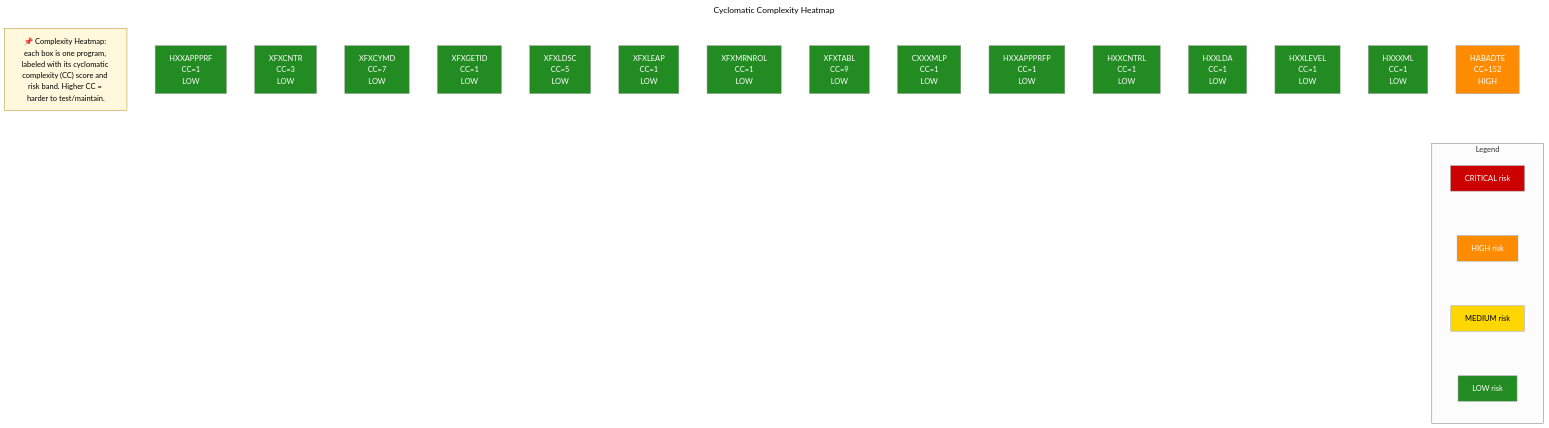
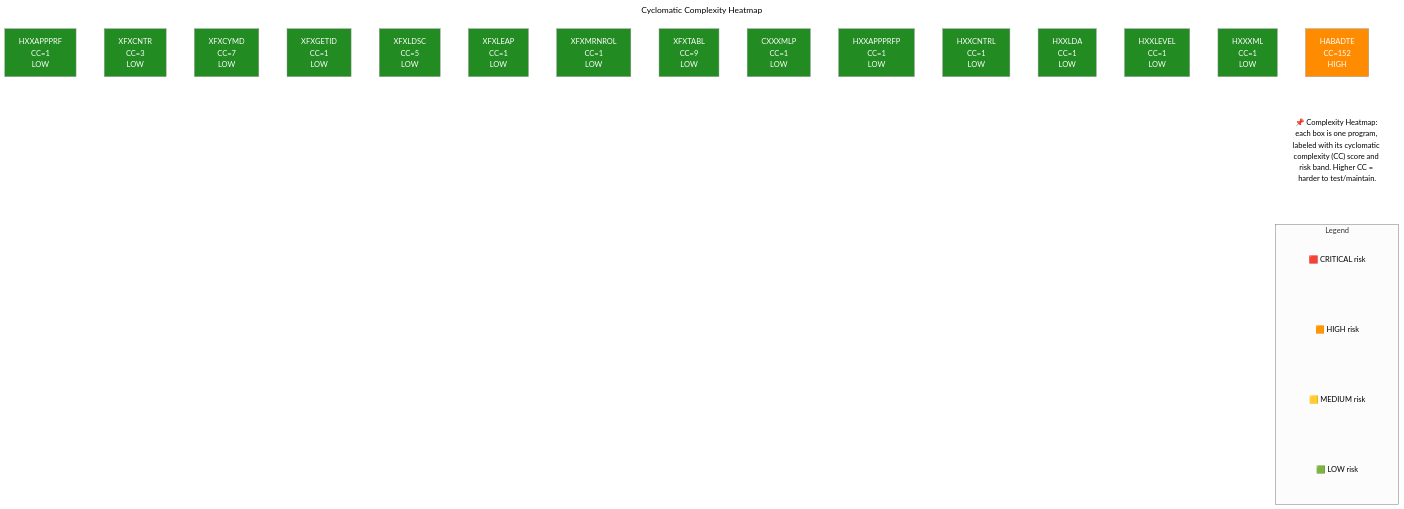
Before and after one commit to gauravgarg284/AS400-ReverseEngineering: the diagram in runs/202607081435/docs/diagrams/COMPLEXITY_HEATMAP.mmd, drawn with Mermaid (neutral theme). The commit also changed 11 other files, not shown here.

```diff
--- a/runs/202607081435/docs/diagrams/COMPLEXITY_HEATMAP.mmd
+++ b/runs/202607081435/docs/diagrams/COMPLEXITY_HEATMAP.mmd
@@ -1,55 +1,56 @@
 ---
 title: Cyclomatic Complexity Heatmap
 ---
 %%{init: {"flowchart": {"nodeSpacing": 60, "rankSpacing": 70}}}%%
 %% Complexity Heatmap
 %% Programs grouped by cyclomatic-complexity risk band (CC = cyclomatic
 %% complexity score, from complexity_scores.json). Color = risk level.
 flowchart TD
-    DESC["📌 Complexity Heatmap: each box is one program, labeled with its cyclomatic complexity (CC) score and risk band. Higher CC = harder to test/maintain."]
-    style DESC fill:#fff8dc,stroke:#b8860b,color:#000,stroke-width:1px
     N0["HXXAPPPRF\nCC=1\nLOW"]
     N1["XFXCNTR\nCC=3\nLOW"]
     N2["XFXCYMD\nCC=7\nLOW"]
     N3["XFXGETID\nCC=1\nLOW"]
     N4["XFXLDSC\nCC=5\nLOW"]
     N5["XFXLEAP\nCC=1\nLOW"]
     N6["XFXMRNROL\nCC=1\nLOW"]
     N7["XFXTABL\nCC=9\nLOW"]
     N8["CXXXMLP\nCC=1\nLOW"]
     N9["HXXAPPPRFP\nCC=1\nLOW"]
     N10["HXXCNTRL\nCC=1\nLOW"]
     N11["HXXLDA\nCC=1\nLOW"]
     N12["HXXLEVEL\nCC=1\nLOW"]
     N13["HXXXML\nCC=1\nLOW"]
     N14["HABADTE\nCC=152\nHIGH"]
+    DESC["📌 Complexity Heatmap: each box is one program, labeled with its cyclomatic complexity (CC) score and risk band. Higher CC = harder to test/maintain."]
+    N14 ~~~ DESC
+    style DESC fill:transparent,stroke:none
     subgraph Legend ["Legend"]
         direction TB
-        LG_CRIT["CRITICAL risk"]
-        LG_HIGH["HIGH risk"]
+        LG_CRIT["🟥 CRITICAL risk"]
+        LG_HIGH["🟧 HIGH risk"]
         LG_CRIT ~~~ LG_HIGH
-        LG_MED["MEDIUM risk"]
+        LG_MED["🟨 MEDIUM risk"]
         LG_HIGH ~~~ LG_MED
-        LG_LOW["LOW risk"]
+        LG_LOW["🟩 LOW risk"]
         LG_MED ~~~ LG_LOW
     end
-    N14 ~~~ LG_CRIT
-    style LG_CRIT fill:#cc0000,color:#fff
-    style LG_HIGH fill:#ff8c00,color:#fff
-    style LG_MED fill:#ffd700,color:#000
-    style LG_LOW fill:#228b22,color:#fff
+    DESC ~~~ LG_CRIT
+    style LG_CRIT fill:transparent,stroke:none
+    style LG_HIGH fill:transparent,stroke:none
+    style LG_MED fill:transparent,stroke:none
+    style LG_LOW fill:transparent,stroke:none
     style N0 fill:#228b22,color:#fff
     style N1 fill:#228b22,color:#fff
     style N2 fill:#228b22,color:#fff
     style N3 fill:#228b22,color:#fff
     style N4 fill:#228b22,color:#fff
     style N5 fill:#228b22,color:#fff
     style N6 fill:#228b22,color:#fff
     style N7 fill:#228b22,color:#fff
     style N8 fill:#228b22,color:#fff
     style N9 fill:#228b22,color:#fff
     style N10 fill:#228b22,color:#fff
     style N11 fill:#228b22,color:#fff
     style N12 fill:#228b22,color:#fff
     style N13 fill:#228b22,color:#fff
     style N14 fill:#ff8c00,color:#fff
```
